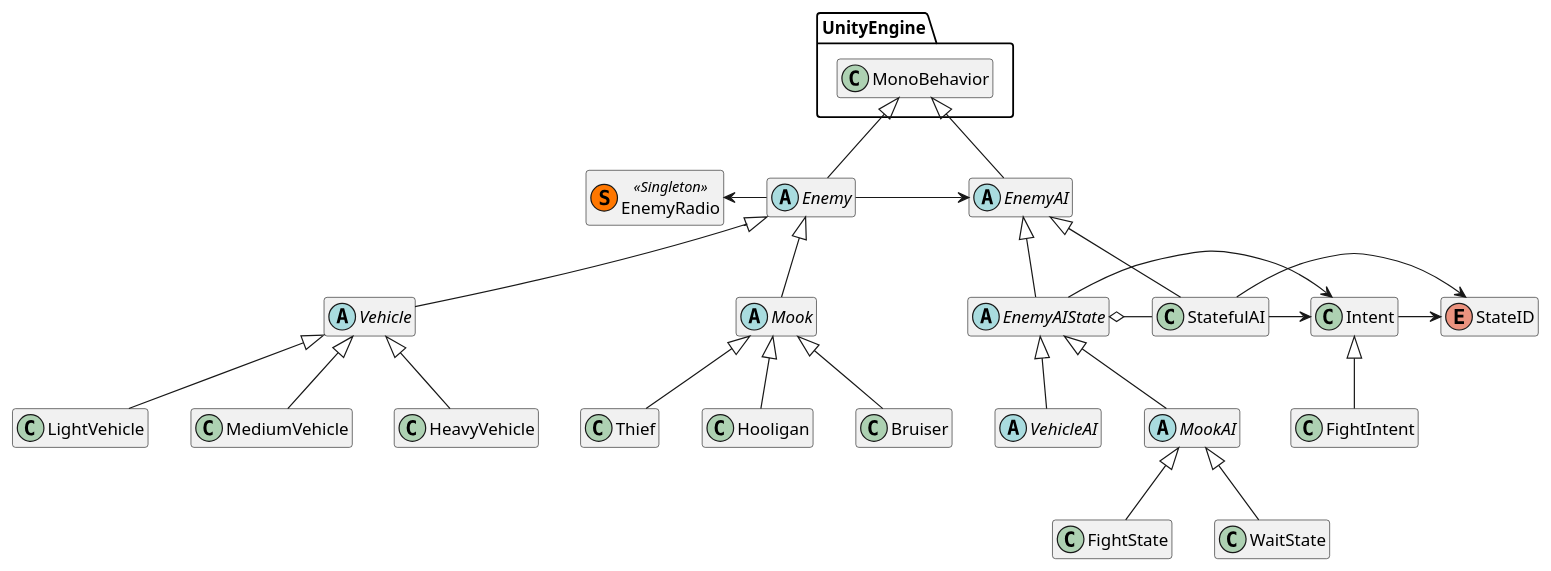
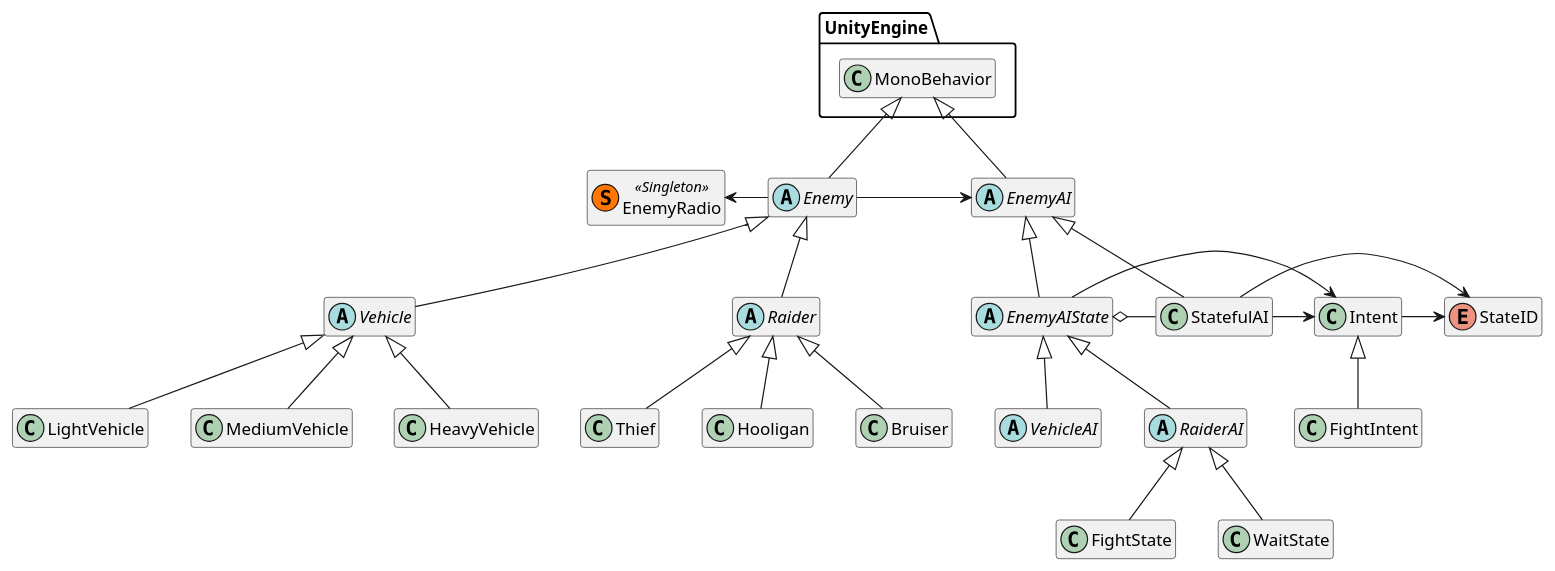
One commit to OutOfHandInteractive/RaiderRoad changed the diagram in RaiderRoad/Assets/Scripts/docs/EnemyAI_CD - Simple.puml. Above: the diagram before and after it, drawn with PlantUML. The commit also changed 1 other file, not shown here.

```diff
--- a/RaiderRoad/Assets/Scripts/docs/EnemyAI_CD - Simple.puml
+++ b/RaiderRoad/Assets/Scripts/docs/EnemyAI_CD - Simple.puml
@@ -1,96 +1,96 @@
 @startuml
 
 hide members
 
 class EnemyRadio << (S,#FF7700) Singleton >> {
 
 }
 
 abstract class Enemy {
 	-EnemyRadio _radioFoo
 	-EnemyAI _ai
 	
 	+EnemyRadio getRadio()
 	+EnemyAI getAI()
 }
 EnemyRadio <- Enemy
 Enemy -> EnemyAI
 UnityEngine.MonoBehavior <|-- Enemy
 
 abstract class Vehicle{
 
 }
 Enemy <|-- Vehicle
-abstract class Mook{
+abstract class Raider{
 
 }
-Enemy <|-- Mook
+Enemy <|-- Raider
 
 Vehicle <|-- LightVehicle
 Vehicle <|-- MediumVehicle
 Vehicle <|-- HeavyVehicle 
 
-Mook <|-- Thief
-Mook <|-- Hooligan
-Mook <|-- Bruiser
+Raider <|-- Thief
+Raider <|-- Hooligan
+Raider <|-- Bruiser
 
 abstract class EnemyAI{
 	+EnemyAI(Enemy parent)
 	+Enemy getParent()
 	{abstract} +void start()
 	{abstract} +void update()
 	{abstract} +void end()
 }
 UnityEngine.MonoBehavior <|-- EnemyAI
 abstract class EnemyAIState{
 	+void update()
 	+void start()
 	{abstract} +void start(Intent)
 	{abstract} +Intent updateState()
 }
 EnemyAI <|-- EnemyAIState
 abstract class VehicleAI {
 	+VehicleAI(Vehicle parent)
 	+Vehicle getParent()
 }
 EnemyAIState <|-- VehicleAI
-abstract class MookAI {
-	+MookAI(Mook parent)
-	+Mook getParent()
+abstract class RaiderAI {
+	+RaiderAI(Raider parent)
+	+Raider getParent()
 }
-EnemyAIState <|-- MookAI
+EnemyAIState <|-- RaiderAI
 
 class StatefulAI {
 	+void addState(StateID, EnemyAIState)
 	+void setInitialState(StateID)
 	+EnemyAIState currState()
 	-void switchTo(StateID)
 }
 EnemyAIState o- StatefulAI
 EnemyAI <|-- StatefulAI
 
-MookAI <|-- FightState
-MookAI <|-- WaitState
+RaiderAI <|-- FightState
+RaiderAI <|-- WaitState
 
 enum StateID {
 	FIGHT
 	WAIT
 	...
 }
 StatefulAI -> StateID
 class Intent {
 	+Intent(Object,StateID)
 	+Object getPayload()
 	+StateID getAction()
 }
 StatefulAI -> Intent
 EnemyAIState -> Intent
 Intent -> StateID
 
 class FightIntent {
 	+FightIntent(Player)
 	+Player getPayload()
 }
 Intent <|-- FightIntent
 
 @enduml
```
